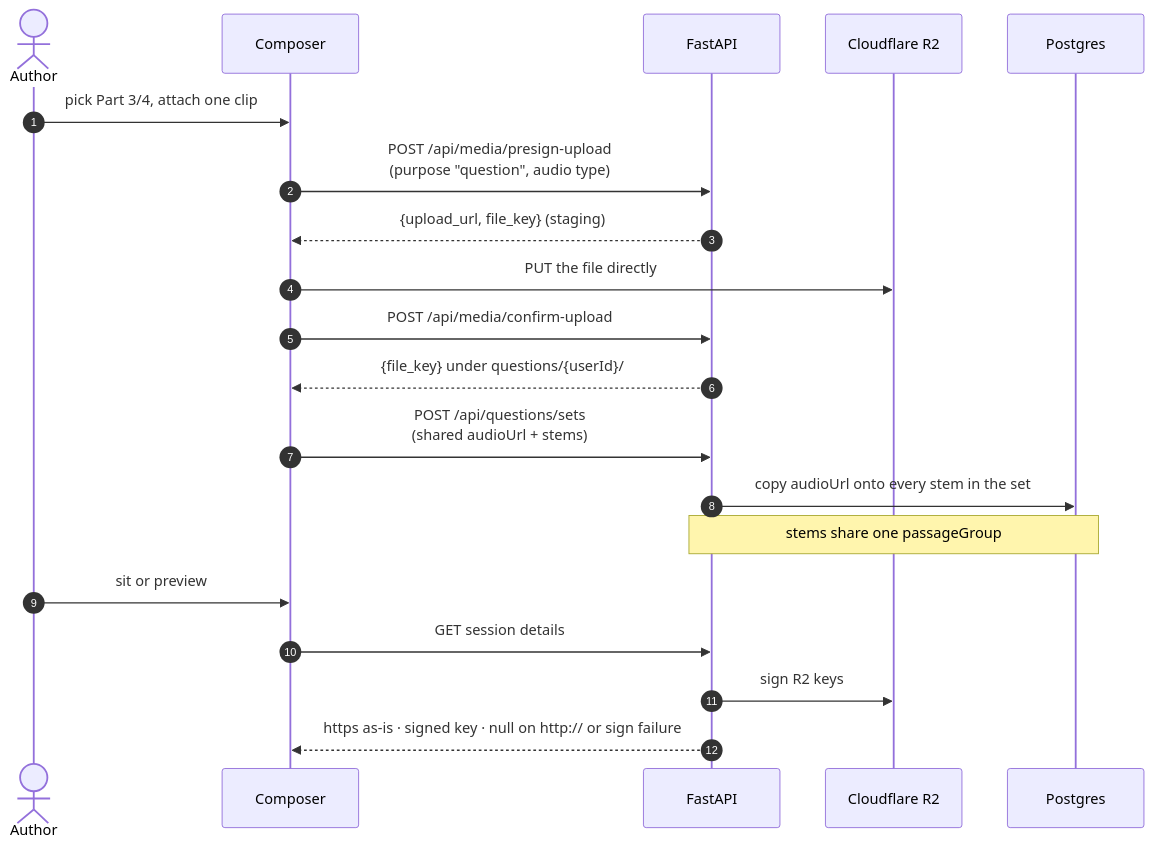
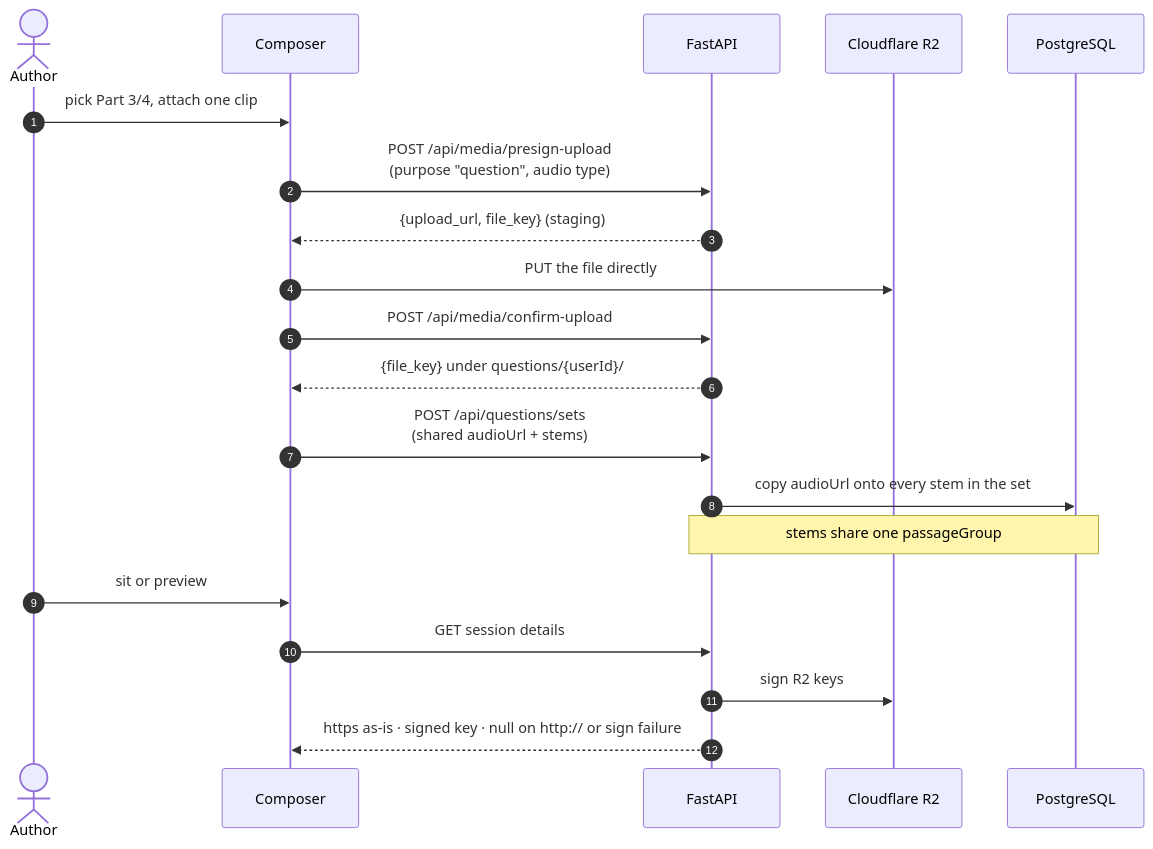
Before and after one commit to newtc22222/technical-documents: the diagram in docs/lingu-flow/features/toeic-listening.md, drawn with Mermaid. The commit also changed other lines of this file and 7 other files, not shown here.

Commit message:
docs(lingu-flow): sync features section with AI guide and practice mode

````diff
--- a/docs/lingu-flow/features/toeic-listening.md
+++ b/docs/lingu-flow/features/toeic-listening.md
@@ -105,25 +102,25 @@
 ```mermaid
 sequenceDiagram
     autonumber
     actor Author
     participant UI as Composer
     participant API as FastAPI
     participant R2 as Cloudflare R2
-    participant DB as Postgres
+    participant DB as PostgreSQL
 
     Author->>UI: pick Part 3/4, attach one clip
     UI->>API: POST /api/media/presign-upload<br/>(purpose "question", audio type)
     API-->>UI: {upload_url, file_key} (staging)
     UI->>R2: PUT the file directly
     UI->>API: POST /api/media/confirm-upload
     API-->>UI: {file_key} under questions/{userId}/
 
     UI->>API: POST /api/questions/sets<br/>(shared audioUrl + stems)
     API->>DB: copy audioUrl onto every stem in the set
     Note over API,DB: stems share one passageGroup
 
     Author->>UI: sit or preview
     UI->>API: GET session details
     API->>R2: sign R2 keys
     API-->>UI: https as-is · signed key · null on http:// or sign failure
 ```
````
